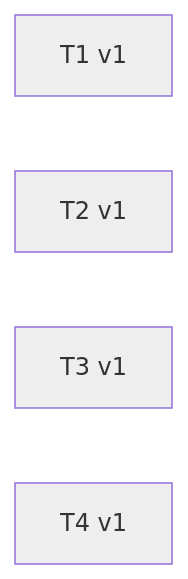
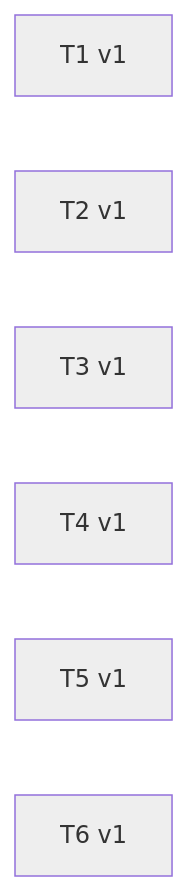
Before and after one commit to Curry09/AHE-Beta: the third of 3 diagrams in docs/specs/OVERVIEW.md, drawn with Mermaid. The commit also changed other lines of this file and 13 other files, not shown here.

````diff
--- a/docs/specs/OVERVIEW.md
+++ b/docs/specs/OVERVIEW.md
@@ -56,12 +72,16 @@
 ```mermaid
 graph LR
     v_T1_1["T1 v1"]
     v_T2_1["T2 v1"]
     v_T3_1["T3 v1"]
     v_T4_1["T4 v1"]
+    v_T5_1["T5 v1"]
+    v_T6_1["T6 v1"]
     classDef st_pending fill:#eeeeee;
     class v_T1_1 st_pending;
     class v_T2_1 st_pending;
     class v_T3_1 st_pending;
     class v_T4_1 st_pending;
+    class v_T5_1 st_pending;
+    class v_T6_1 st_pending;
 ```
````
